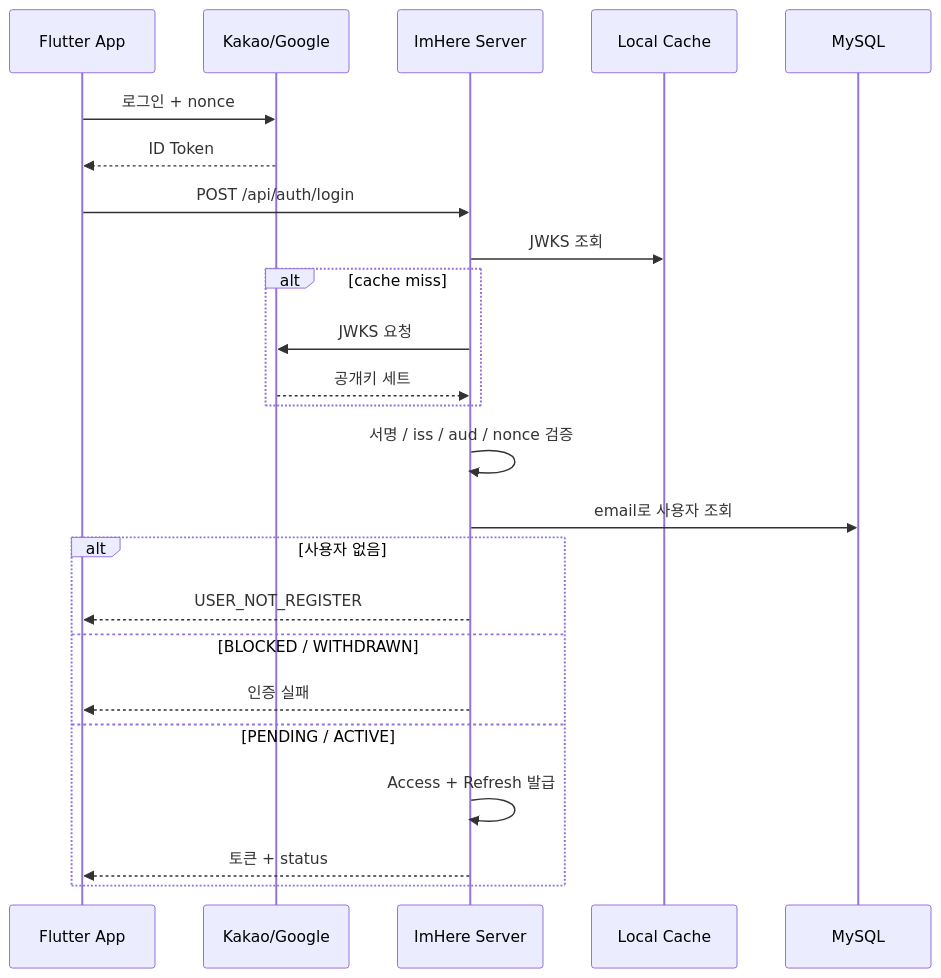
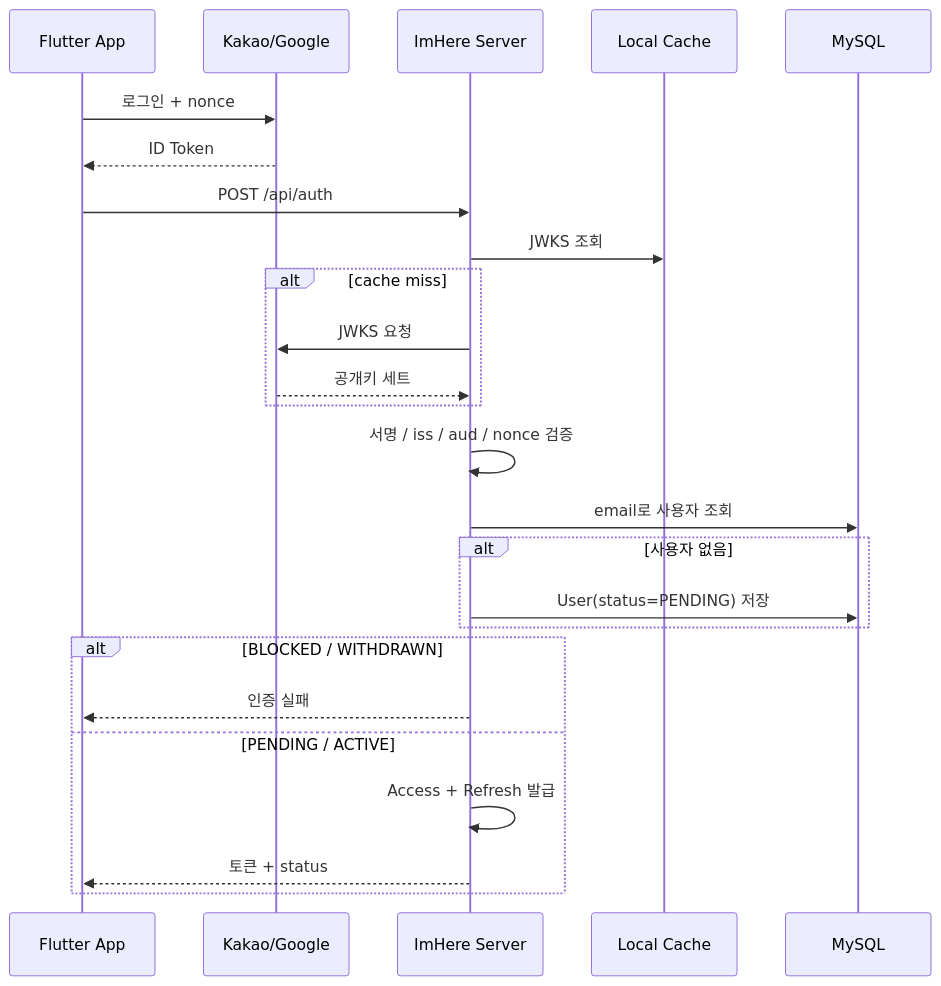
Before and after one commit to ImHereOfRati/server: the diagram in docs/flows/oidc-login.md, drawn with Mermaid. The commit also changed other lines of this file and 46 other files, not shown here.

First line of the commit message:
refactor(auth)!: unify OIDC signup and login into POST /api/auth

````diff
--- a/docs/flows/oidc-login.md
+++ b/docs/flows/oidc-login.md
@@ -19,27 +24,28 @@
 ```mermaid
 sequenceDiagram
     participant App as Flutter App
     participant OIDC as Kakao/Google
     participant Server as ImHere Server
     participant Cache as Local Cache
     participant DB as MySQL
 
     App->>OIDC: 로그인 + nonce
     OIDC-->>App: ID Token
-    App->>Server: POST /api/auth/login
+    App->>Server: POST /api/auth
     Server->>Cache: JWKS 조회
     alt cache miss
         Server->>OIDC: JWKS 요청
         OIDC-->>Server: 공개키 세트
     end
     Server->>Server: 서명 / iss / aud / nonce 검증
     Server->>DB: email로 사용자 조회
     alt 사용자 없음
-        Server-->>App: USER_NOT_REGISTER
-    else BLOCKED / WITHDRAWN
+        Server->>DB: User(status=PENDING) 저장
+    end
+    alt BLOCKED / WITHDRAWN
         Server-->>App: 인증 실패
     else PENDING / ACTIVE
         Server->>Server: Access + Refresh 발급
         Server-->>App: 토큰 + status
     end
 ```
````
